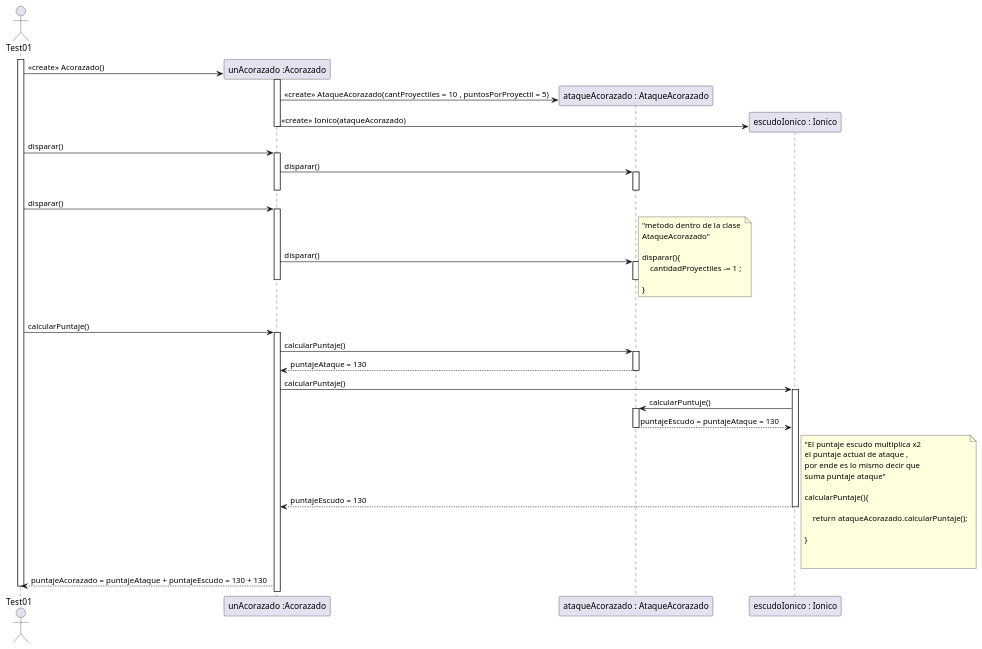
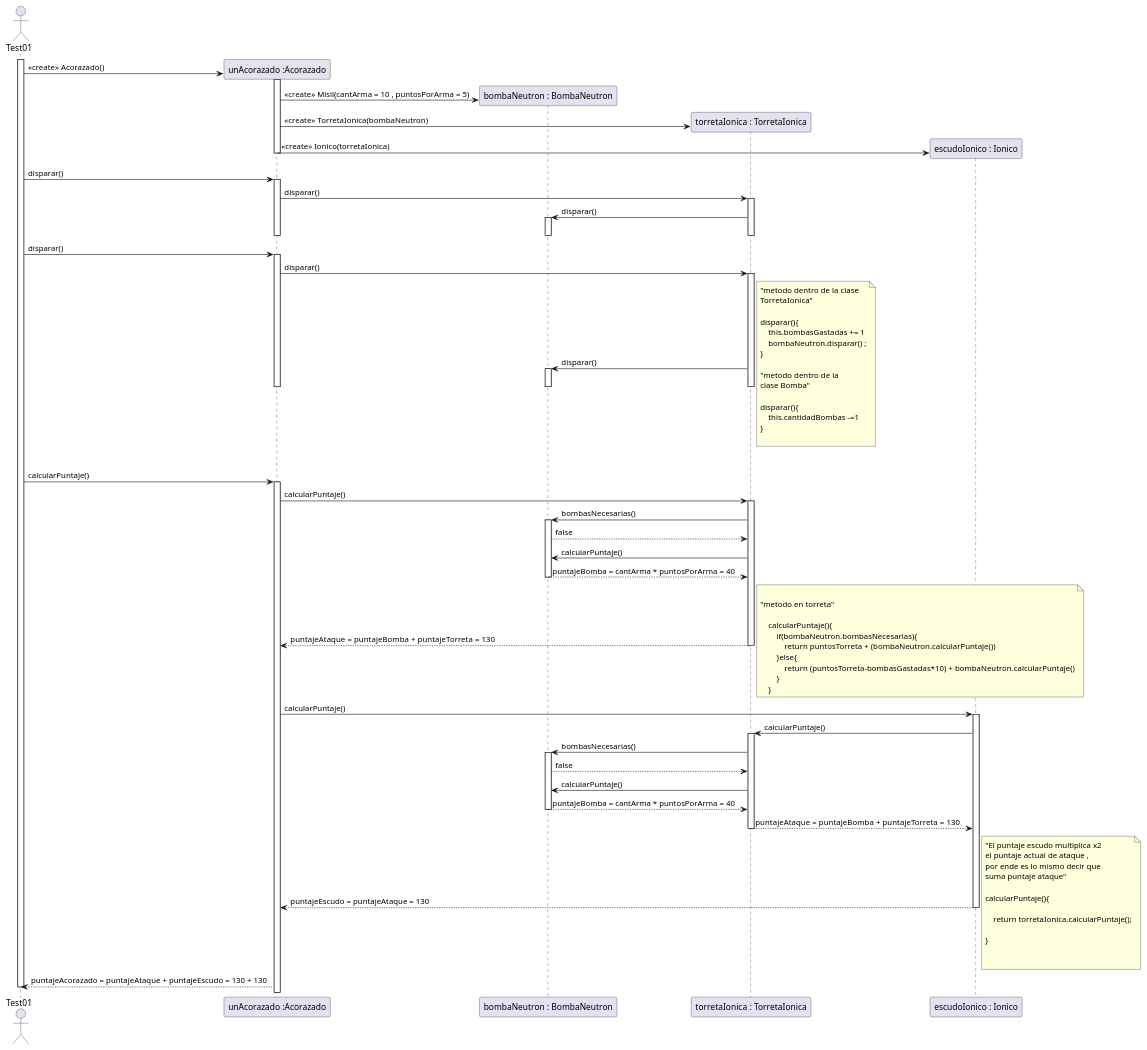
The diagram in NaveEspacial/Diagrama/casoDeUso1.puml (Mortha4/algoritmos3-parciales-Suarez), drawn with PlantUML before and after one commit. The commit also changed 5 other files, not shown here.

```diff
--- a/NaveEspacial/Diagrama/casoDeUso1.puml
+++ b/NaveEspacial/Diagrama/casoDeUso1.puml
@@ -1,91 +1,145 @@
 @startuml   
 
 
 actor Test01
 activate Test01
 
 create participant "unAcorazado :Acorazado" as acorazado
 
 Test01 -> acorazado : <<create>> Acorazado()
 
-create participant "ataqueAcorazado : AtaqueAcorazado" as ataqueAcorazado
+create participant "bombaNeutron : BombaNeutron" as bomba
 activate acorazado
-acorazado -> ataqueAcorazado : <<create>> AtaqueAcorazado(cantProyectiles = 10 , puntosPorProyectil = 5)
+acorazado -> bomba : <<create>> Misil(cantArma = 10 , puntosPorArma = 5)
+
+
+create participant "torretaIonica : TorretaIonica" as torreta
+acorazado -> torreta : <<create>> TorretaIonica(bombaNeutron)
+
+
+
 
 create participant "escudoIonico : Ionico" as escudoIonico
-acorazado -> escudoIonico : <<create>> Ionico(ataqueAcorazado)
+acorazado -> escudoIonico : <<create>> Ionico(torretaIonica)
 deactivate acorazado
 
 Test01 -> acorazado : disparar()
 activate acorazado
-acorazado -> ataqueAcorazado : disparar()
-activate ataqueAcorazado
-deactivate ataqueAcorazado
+acorazado -> torreta : disparar()
+activate torreta
+torreta -> bomba : disparar()
+activate bomba 
+deactivate bomba
+deactivate torreta
 deactivate acorazado
+
+
 Test01 -> acorazado : disparar()
 activate acorazado
-acorazado -> ataqueAcorazado : disparar()
-activate ataqueAcorazado
-deactivate ataqueAcorazado
+acorazado -> torreta : disparar()
+activate torreta
+torreta -> bomba : disparar()
+activate bomba 
+deactivate bomba
+deactivate torreta
 deactivate acorazado
 
 note right
     "metodo dentro de la clase 
-    AtaqueAcorazado"
+    TorretaIonica"
 
     disparar(){
-        cantidadProyectiles -= 1 ;
-        
+        this.bombasGastadas += 1
+        bombaNeutron.disparar() ;
+    }
+
+    "metodo dentro de la 
+    clase Bomba"
+
+    disparar(){
+        this.cantidadBombas -=1
+    }
+
+end note
+
+
+
+
+Test01 -> acorazado : calcularPuntaje()
+activate acorazado
+acorazado -> torreta : calcularPuntaje()
+
+activate torreta
+torreta -> bomba : bombasNecesarias()
+activate bomba
+bomba --> torreta : false
+torreta -> bomba : calcularPuntaje()
+bomba --> torreta : puntajeBomba = cantArma * puntosPorArma = 40
+deactivate bomba
+torreta --> acorazado : puntajeAtaque = puntajeBomba + puntajeTorreta  = 130 
+deactivate torreta
+
+note right
+
+"metodo en torreta"
+
+    calcularPuntaje(){
+        if(bombaNeutron.bombasNecesarias){
+            return puntosTorreta + (bombaNeutron.calcularPuntaje())
+        }else{
+            return (puntosTorreta-bombasGastadas*10) + bombaNeutron.calcularPuntaje()
+        }
     }
 end note
 
 
 
 
 
+acorazado -> escudoIonico : calcularPuntaje()
+activate escudoIonico
+escudoIonico -> torreta : calcularPuntaje()
+
+activate torreta
+torreta -> bomba : bombasNecesarias()
+activate bomba
+bomba --> torreta : false
+torreta -> bomba : calcularPuntaje()
+bomba --> torreta : puntajeBomba = cantArma * puntosPorArma = 40
+deactivate bomba
+torreta --> escudoIonico : puntajeAtaque = puntajeBomba + puntajeTorreta  = 130 
+deactivate torreta
 
 
-Test01 -> acorazado : calcularPuntaje()
-activate acorazado
-acorazado -> ataqueAcorazado : calcularPuntaje()
-activate ataqueAcorazado
-ataqueAcorazado --> acorazado : puntajeAtaque = 130
-deactivate ataqueAcorazado
 
-acorazado -> escudoIonico : calcularPuntaje()
-activate escudoIonico 
-escudoIonico -> ataqueAcorazado : calcularPuntuje()
-activate ataqueAcorazado
-ataqueAcorazado --> escudoIonico : puntajeEscudo = puntajeAtaque = 130
-deactivate ataqueAcorazado
-escudoIonico --> acorazado : puntajeEscudo = 130
+escudoIonico --> acorazado : puntajeEscudo = puntajeAtaque = 130
 deactivate escudoIonico
 
 note right
     "El puntaje escudo multiplica x2 
     el puntaje actual de ataque , 
     por ende es lo mismo decir que 
     suma puntaje ataque"
 
     calcularPuntaje(){
     
-        return ataqueAcorazado.calcularPuntaje();
+        return torretaIonica.calcularPuntaje();
     
     }
 
 
 end note
 
 acorazado --> Test01 : puntajeAcorazado = puntajeAtaque + puntajeEscudo = 130 + 130
 deactivate Test01
 
 
 
 
 
 
 
 
 
 
 @enduml  
```
